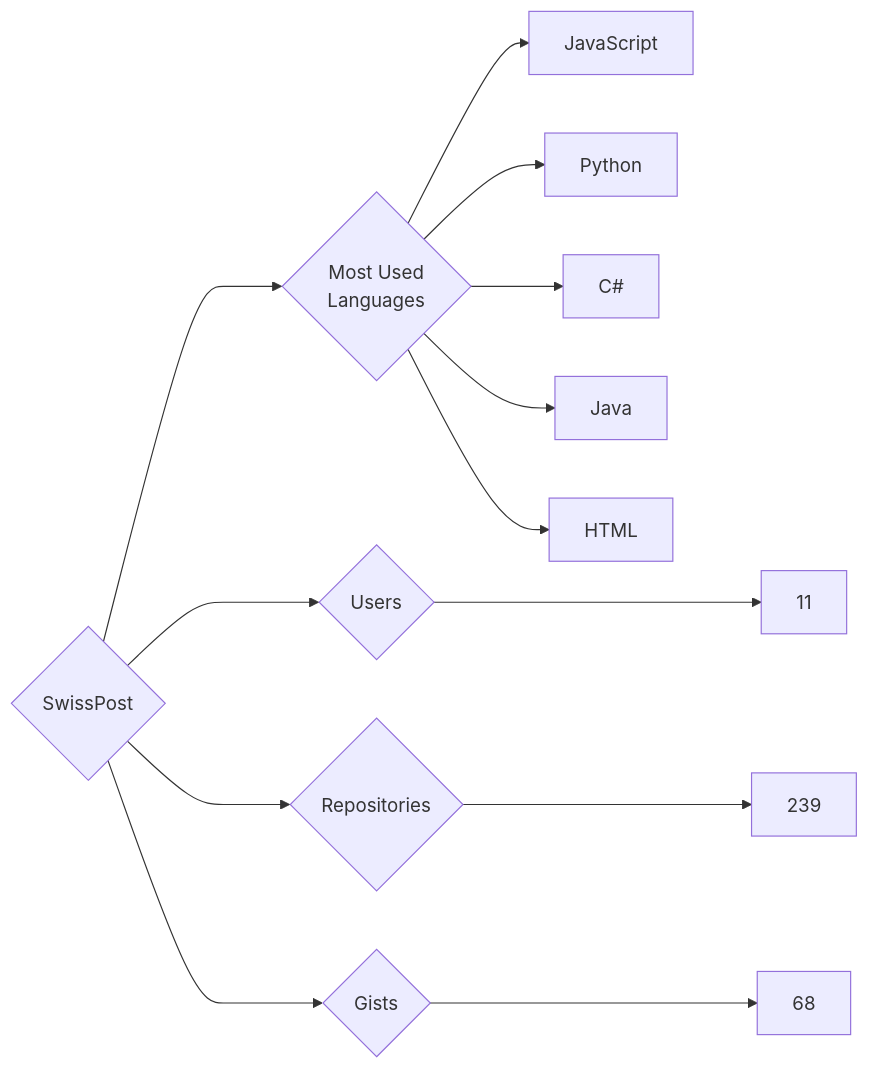
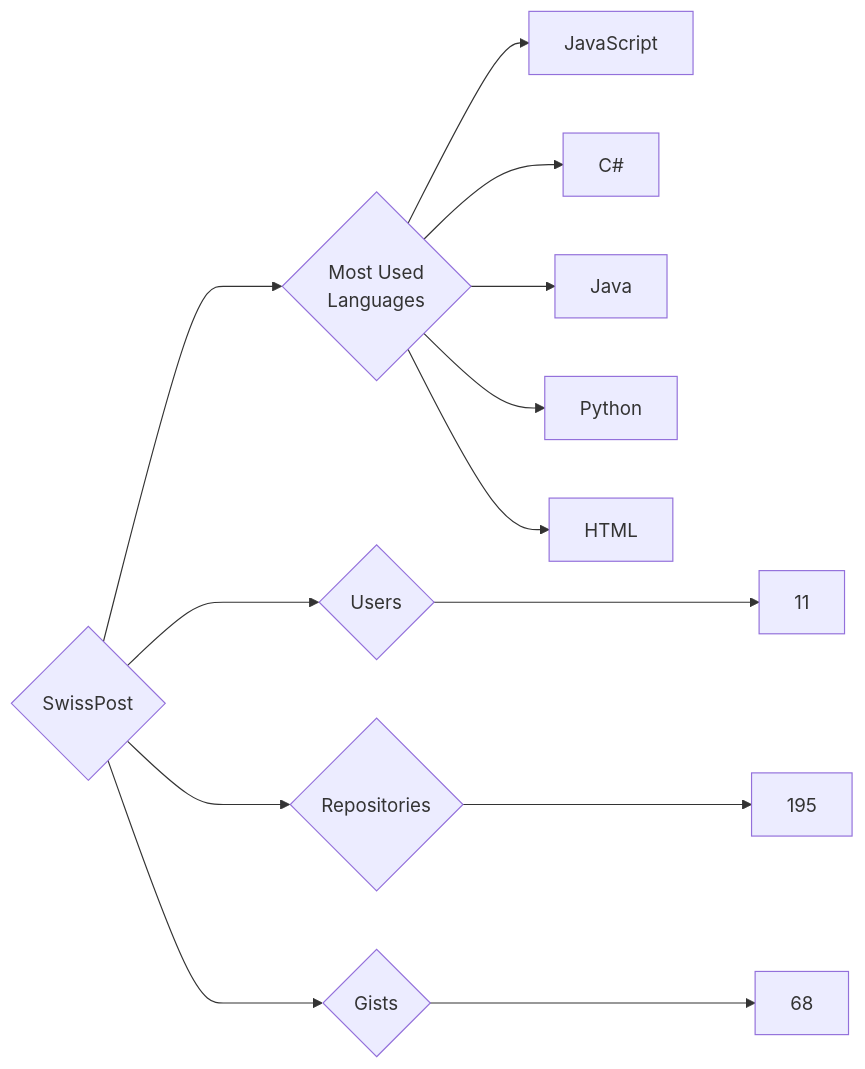
The diagram in targets/SwissPost/README.md (trickest/insiders), drawn with Mermaid before and after one commit. The commit also changed 787 other files, not shown here.

````diff
--- a/targets/SwissPost/README.md
+++ b/targets/SwissPost/README.md
@@ -3,13 +3,13 @@
 ```mermaid
 graph LR
 COMPANY_NAME{SwissPost}
 COMPANY_NAME ---> U{Users} ---> UN[11]
-COMPANY_NAME ---> R{Repositories} ---> RN[239]
+COMPANY_NAME ---> R{Repositories} ---> RN[195]
 COMPANY_NAME ---> G{Gists} ---> GN[68]
 COMPANY_NAME ---> ML{Most Used<br>Languages}
 ML --> JavaScript[JavaScript]
-ML --> Python[Python]
 ML --> C#[C#]
 ML --> Java[Java]
+ML --> Python[Python]
 ML --> HTML[HTML]
 ```
````
